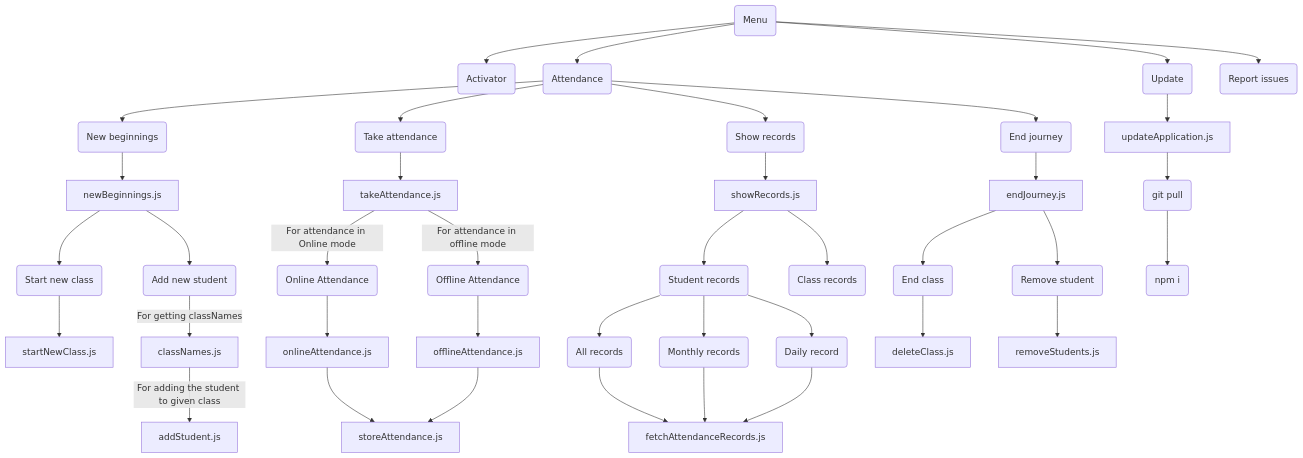
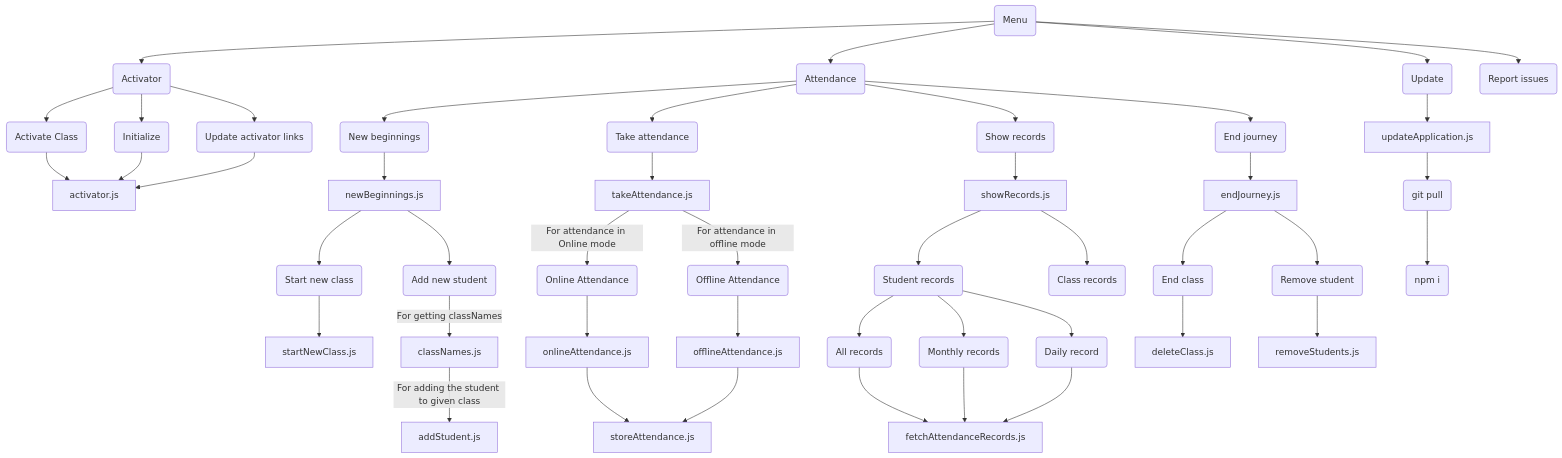
The diagram in SystemArchitecture.md (Sam-Varghese/TeachersKit), drawn with Mermaid before and after one commit.

Commit message:
Updated flowchart

```diff
--- a/SystemArchitecture.md
+++ b/SystemArchitecture.md
@@ -7,6 +7,16 @@
 menu --> attendance(Attendance)
 menu --> upd(Update)
 menu --> report(Report issues)
+
+%% Activator menu items
+
+act --> actCls(Activate Class)
+act --> actInit(Initialize)
+act --> actUpd(Update activator links)
+
+actCls --> actFil[activator.js]
+actInit --> actFil
+actUpd --> actFil
 
 %% Attendance menu items
 
```
